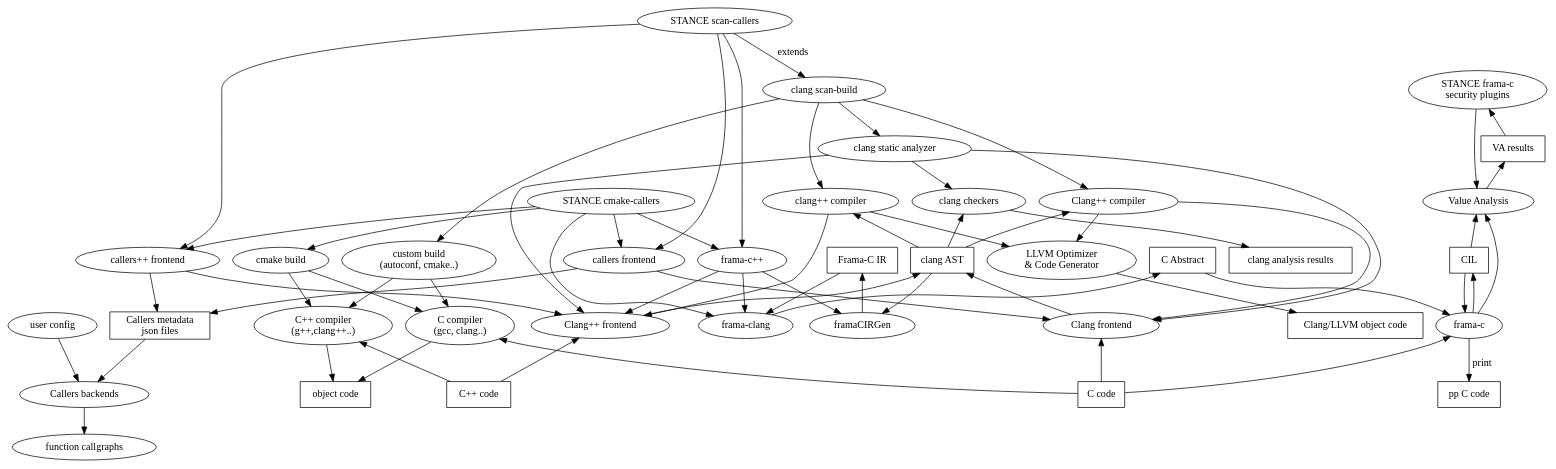
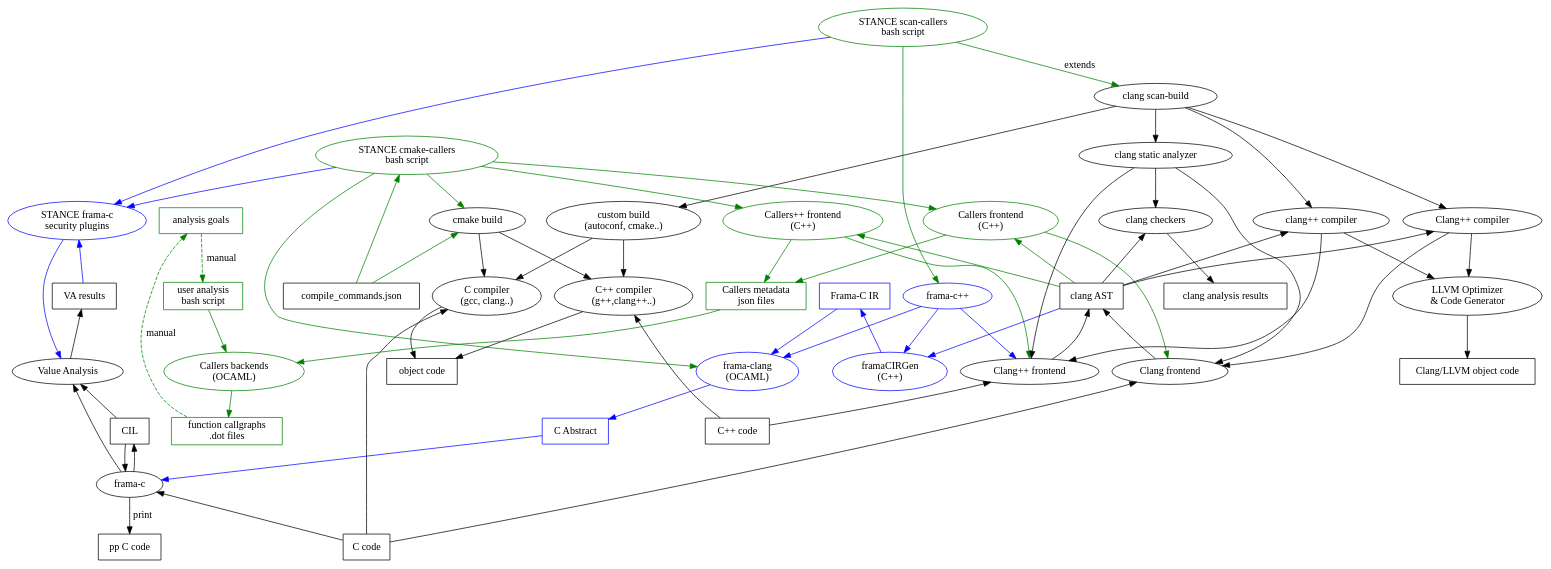
Before and after one commit to hbalp/callers: the first of 3 diagrams in doc/callers.org, drawn with Graphviz. The commit also changed other lines of this file, not shown here.

Commit message:
Added big-pictures for camke-callers and scan-callers.

```diff
--- a/doc/callers.org
+++ b/doc/callers.org
@@ -49,11 +50,11 @@
-    #+BEGIN_SRC dot :tangle callers.frontend.internals.gen.dot
+    #+BEGIN_SRC dot :tangle callers.frama-c++.launcher.gen.dot
 digraph "Callers integration with Clang/LLVM " 
 {
 
 "scan-build" [ label="clang scan-build" ]
-"scan-callers" [ label="STANCE scan-callers" ]
-"cmake-callers" [ label="STANCE cmake-callers" ]
-"scan-callers" -> "scan-build" [ label="extends" ]
+"scan-callers" [ label="STANCE scan-callers\nbash script", color=green ]
+"cmake-callers" [ label="STANCE cmake-callers\nbash script", color=green ]
+"scan-callers" -> "scan-build" [ label="extends", color=green ]
 
 // user build
 "user build" [ label="custom build\n(autoconf, cmake..)" ]
@@ -77,14 +78,17 @@
 "cpp compiler" -> "object code"
 
 // cmake build
-"cmake-callers" -> "cmake build"
+"cmake-callers" -> "cmake build" [ color=green ]
+"compile_commands" [ label="compile_commands.json", shape=box ]
 "cmake build" -> "cpp compiler"
 "cmake build" -> "c compiler"
+"cmake build" -> "compile_commands"[ dir=back, color=green ]
+
+"cmake-callers" -> "compile_commands" [ dir=back, color=green ]
 
 // cmake callers analysis
-"cmake-callers" -> "callers frontend"
-"cmake-callers" -> "callers++ frontend"
-"cmake-callers" -> "frama-c++"
+"cmake-callers" -> "callers frontend" [ color=green ]
+"cmake-callers" -> "callers++ frontend" [ color=green ]
 
 // clang compilation
 "clang object code" [ label="Clang/LLVM object code", shape="box" ]
@@ -108,7 +112,6 @@
 "scan-build" -> "clang++ compiler"
 "clang++ frontend" [ label="Clang++ frontend" ]
 "clang++ frontend" -> "cpp code" [ dir=back ]
-//"clang++ frontend" -> "clang AST"
 "clang AST" -> "clang++ frontend" [ dir=back ]
 "clang++ compiler" -> "clang++ frontend"
 "clang++ compiler" -> "clang AST"  [ dir=back ]
@@ -129,53 +132,64 @@
 
 // callers analysis
 "metadata json file" [ label="Callers metadata\njson files" ]
-"metadata json file" [ shape="box" ]
+"metadata json file" [ shape="box", color=green ]
 
 // callers C code analysis
-"scan-callers" -> "callers frontend"
-"callers frontend" -> "clang frontend"
-"callers frontend" -> "metadata json file"
+"callers frontend" [ color=green, label="Callers frontend\n(C++)" ]
+"callers frontend" -> "clang frontend" [ color=green ]
+"callers frontend" -> "clang AST" [ dir=back, color=green ]
+"callers frontend" -> "metadata json file" [ color=green ]
 
 // callers C++ code analysis
-"scan-callers" -> "callers++ frontend"
-"callers++ frontend" -> "clang++ frontend"
-"callers++ frontend" -> "metadata json file"
+"callers++ frontend" [ color=green, label="Callers++ frontend\n(C++)" ]
+"callers++ frontend" -> "clang++ frontend" [ color=green ]
+"callers++ frontend" -> "clang AST" [ dir=back, color=green ]
+"callers++ frontend" -> "metadata json file" [ color=green ]
 
 // callers backends
-"metadata json file" -> "Callers backends"
-"user config" -> "Callers backends"
-"Callers backends" -> "function callgraphs"
+"analysis goals" [ label="analysis goals", shape=box, color=green ]
+"user config" [ label="user analysis\nbash script", shape=box, color=green ]
+"analysis goals" -> "user config" [ style=dashed, label=manual, color=green ]
+"analysis goals" -> "function callgraphs" [ style=dashed, label="manual", dir=back, color=green ]
+"function callgraphs" [ label="function callgraphs\n.dot files", shape=box, color=green ]
+"callers backends" [ label="Callers backends\n(OCAML)", color="green" ]
+"metadata json file" -> "callers backends" [ color=green ]
+"user config" -> "callers backends" [ color=green ]
+"callers backends" -> "function callgraphs" [ color=green ]
 
 // frama-c++
-"scan-callers" -> "frama-c++"
-"frama-c++" [ label="frama-c++" ]
-"frama-c++" -> "clang++ frontend"
-"frama-c++" -> "framaCIRGen"
-"frama-c++" -> "frama-clang"
+"scan-callers" -> "frama-c++" [ color=green ]
+"frama-c++" [ label="frama-c++", color=blue ]
+"frama-c++" -> "clang++ frontend" [ color=blue ]
+"frama-c++" -> "framaCIRGen" [ color=blue ]
+"frama-c++" -> "frama-clang" [ color=blue ]
 
 // frama-clang analysis
 //"scan-callers" -> "frama-clang"
-"cmake-callers" -> "frama-clang"
-"frama-clang" [ label="frama-clang" ]
-"framaCIRGen" [ label="framaCIRGen" ]
+"cmake-callers" -> "frama-clang" [ color=green ]
+"frama-clang" [ label="frama-clang\n(OCAML)", color=blue ]
+"framaCIRGen" [ label="framaCIRGen\n(C++)", color=blue ]
 //"fir" [ label="Frama-C Intermediate\nRepresentation", shape=box ]
-"fir" [ label="Frama-C IR", shape=box ]
-"cabs" [ label = "C Abstract", shape=box ]
+"fir" [ label="Frama-C IR", shape=box, color=blue ]
+"cabs" [ label = "C Abstract", shape=box, color=blue ]
 //"cil" [ label = "C Intermediate Language" ]
 "cil" [ label = "CIL", shape=box ]
 
-"clang AST" -> "framaCIRGen" 
+"clang AST" -> "framaCIRGen" [ color=blue ]
 //"framaCIRGen" -> "fir"
-"fir" -> "framaCIRGen" [ dir=back ]
-"fir" -> "frama-clang"
-//"frama-clang" -> "cabs"
-"cabs" -> "frama-clang" [ dir=back ]
-"cabs" -> "frama-c"
+"fir" -> "framaCIRGen" [ dir=back, color=blue ]
+"fir" -> "frama-clang" [ color=blue ]
+"frama-clang" -> "cabs" [ color=blue ]
+//"cabs" -> "frama-clang" [ dir=back, color=blue ]
+"cabs" -> "frama-c" [ color=blue ]
+//"cabs" -> "frama-c" [ dir=back ]
 
 // security analysis plugins
-"fc security plugins" [ label="STANCE frama-c\nsecurity plugins" ]
-"fc security plugins" -> "VA"
-"fc security plugins" -> "VA_results" [ dir=back ]
+"scan-callers" -> "fc security plugins" [ color="blue" ]
+"cmake-callers" -> "fc security plugins" [ color="blue" ]
+"fc security plugins" [ label="STANCE frama-c\nsecurity plugins", color=blue ]
+"fc security plugins" -> "VA" [ color=blue ]
+"fc security plugins" -> "VA_results" [ dir=back, color=blue ]
 
 // frama-c value analysis
 "VA_results" [ shape=box ]
@@ -200,6 +214,7 @@
 }
 
 // Local Variables:
-// compile-command: "dot -Tpng callers.frontend.internals.gen.dot > callers.frontend.internals.gen.png"
+// compile-command: "dot -Tpng callers.frama-c++.launcher.gen.dot > callers.frama-c++.launcher.gen.png"
 // End:
-    #+END_SRC
+ 
+   #+END_SRC
```
